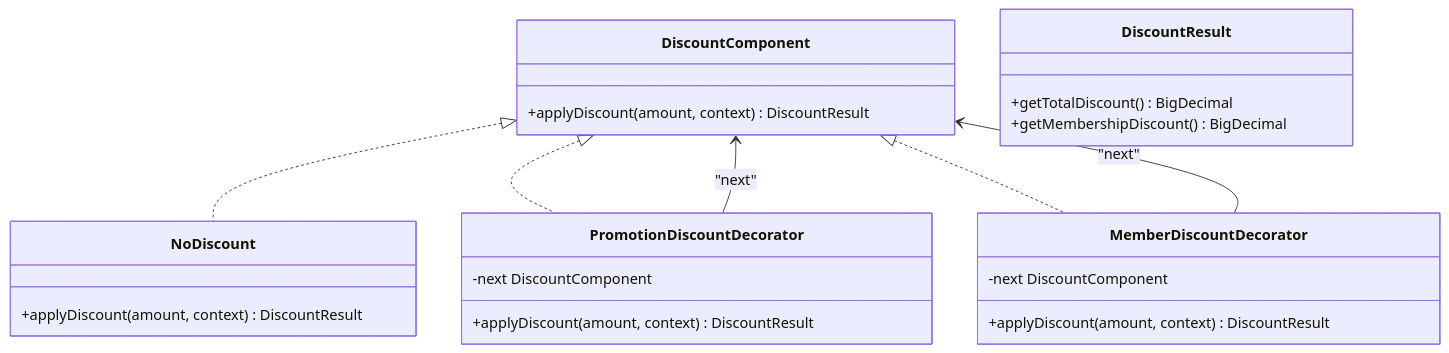
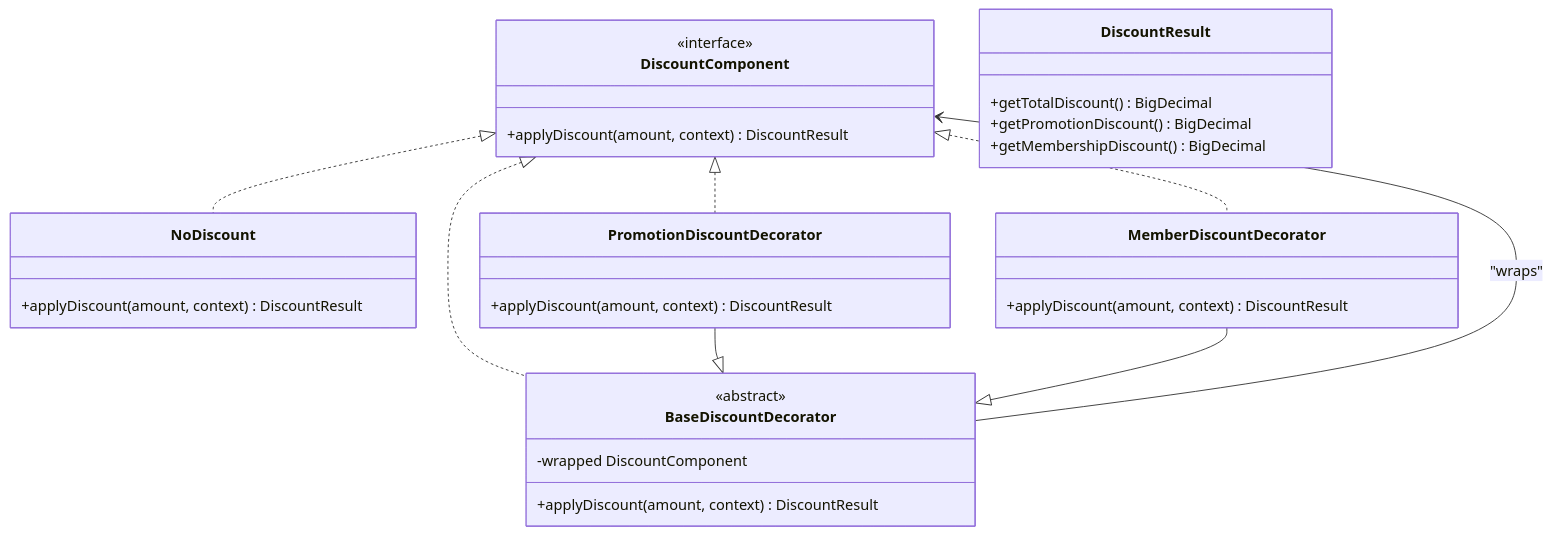
One commit to anhtudayne/Design_Pattern changed the fifth of 9 diagrams in .qoder/repowiki/en/content/Core Features Implementation/Dynamic Pricing Engine.md. Above: the diagram before and after it, drawn with Mermaid. The commit also changed other lines of this file and 101 other files, not shown here.

````diff
--- a/.qoder/repowiki/en/content/Core Features Implementation/Dynamic Pricing Engine.md
+++ b/.qoder/repowiki/en/content/Core Features Implementation/Dynamic Pricing Engine.md
@@ -286,26 +336,33 @@
 ```mermaid
 classDiagram
 class DiscountComponent {
+<<interface>>
++applyDiscount(amount, context) DiscountResult
+}
+class BaseDiscountDecorator {
+<<abstract>>
+-wrapped DiscountComponent
 +applyDiscount(amount, context) DiscountResult
 }
 class NoDiscount {
 +applyDiscount(amount, context) DiscountResult
 }
 class PromotionDiscountDecorator {
--next DiscountComponent
 +applyDiscount(amount, context) DiscountResult
 }
 class MemberDiscountDecorator {
--next DiscountComponent
 +applyDiscount(amount, context) DiscountResult
 }
 class DiscountResult {
 +getTotalDiscount() BigDecimal
++getPromotionDiscount() BigDecimal
 +getMembershipDiscount() BigDecimal
 }
+DiscountComponent <|.. BaseDiscountDecorator
 DiscountComponent <|.. NoDiscount
 DiscountComponent <|.. PromotionDiscountDecorator
 DiscountComponent <|.. MemberDiscountDecorator
-PromotionDiscountDecorator --> DiscountComponent : "next"
-MemberDiscountDecorator --> DiscountComponent : "next"
+BaseDiscountDecorator --> DiscountComponent : "wraps"
+PromotionDiscountDecorator --|> BaseDiscountDecorator
+MemberDiscountDecorator --|> BaseDiscountDecorator
 ```
````
